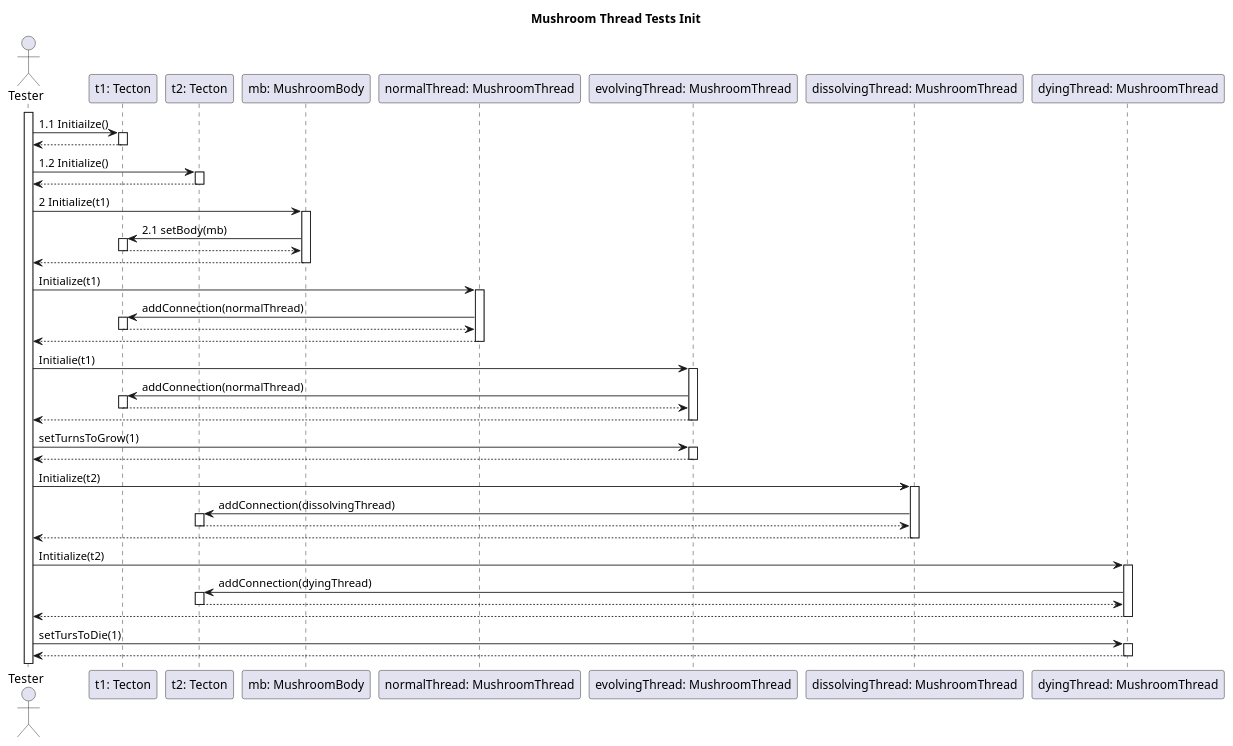
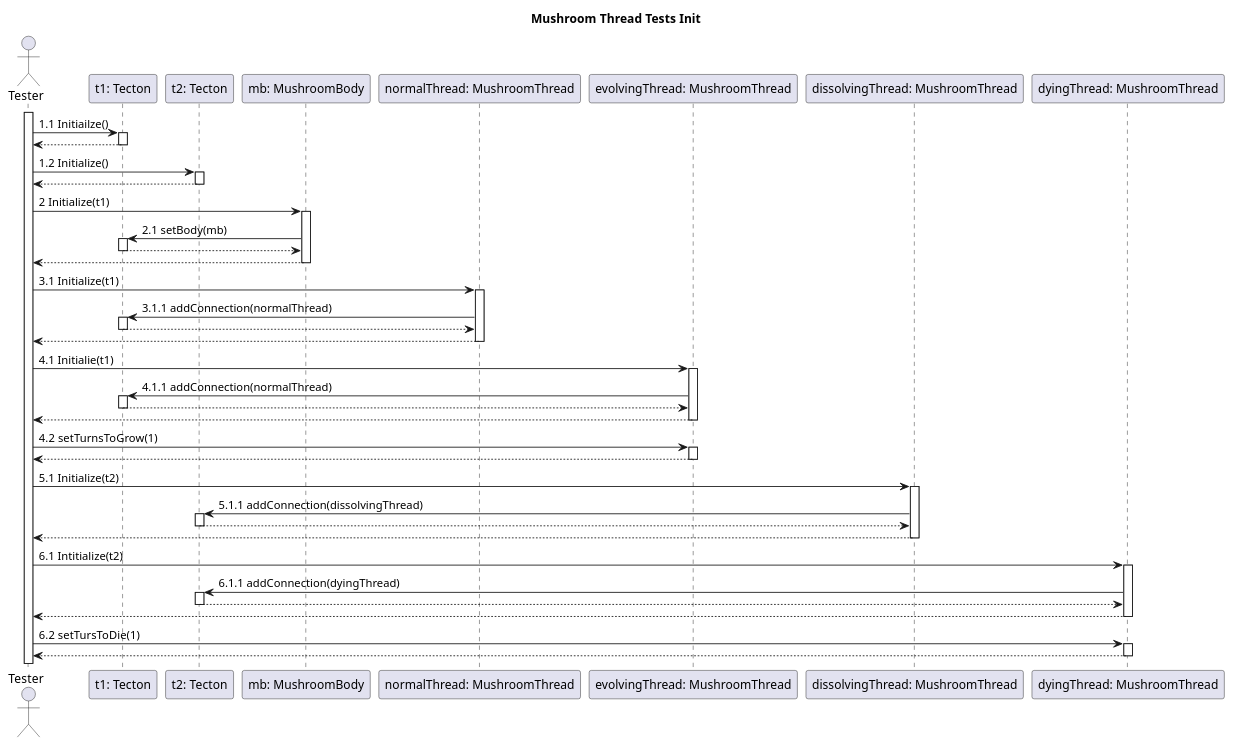
One commit to dzsem/projlab changed the diagram in diagrams/test-sequence/mushroom/communication-diagrams/mushroomThreadTestsInit.wsd. Above: the diagram before and after it, drawn with PlantUML.

Commit message:
Added sequence numbers to thread init communication diagram

```diff
--- a/diagrams/test-sequence/mushroom/communication-diagrams/mushroomThreadTestsInit.wsd
+++ b/diagrams/test-sequence/mushroom/communication-diagrams/mushroomThreadTestsInit.wsd
@@ -1,87 +1,87 @@
 @startuml MushroomThread Init
 
 title Mushroom Thread Tests Init
 
 actor "Tester" as tester
 
 participant "t1: Tecton" as t1
 participant "t2: Tecton" as t2
 
 participant "mb: MushroomBody" as mb
 
 participant "normalThread: MushroomThread" as nmt
 participant "evolvingThread: MushroomThread" as emt
 participant "dissolvingThread: MushroomThread" as dimt
 participant "dyingThread: MushroomThread" as dymt
 
 'Initializing tectons
 activate tester
 tester -> t1: 1.1 Initiailze()
 activate t1
 t1 --> tester
 deactivate t1
 
 tester -> t2: 1.2 Initialize()
 activate t2
 t2 --> tester
 deactivate t2
 
 
 'Initializing mushroombody
 tester -> mb: 2 Initialize(t1)
 activate mb
 mb -> t1: 2.1 setBody(mb)
 activate t1
 t1 --> mb
 deactivate t1
 mb --> tester
 deactivate mb
 
 'Initializing threads
-tester -> nmt: Initialize(t1)
+tester -> nmt: 3.1 Initialize(t1)
 activate nmt
-nmt -> t1: addConnection(normalThread)
+nmt -> t1: 3.1.1 addConnection(normalThread)
 activate t1
 t1 --> nmt
 deactivate t1
 nmt --> tester
 deactivate nmt
 
-tester -> emt: Initialie(t1)
+tester -> emt: 4.1 Initialie(t1)
 activate emt
-emt -> t1: addConnection(normalThread)
+emt -> t1: 4.1.1 addConnection(normalThread)
 activate t1
 t1 --> emt
 deactivate t1
 emt --> tester
 deactivate emt
 
-tester -> emt: setTurnsToGrow(1)
+tester -> emt: 4.2 setTurnsToGrow(1)
 activate emt
 emt --> tester
 deactivate emt
 
-tester -> dimt: Initialize(t2)
+tester -> dimt: 5.1 Initialize(t2)
 activate dimt
-dimt -> t2: addConnection(dissolvingThread)
+dimt -> t2: 5.1.1 addConnection(dissolvingThread)
 activate t2
 t2 --> dimt
 deactivate t2
 dimt --> tester
 deactivate dimt
 
-tester -> dymt: Intitialize(t2)
+tester -> dymt: 6.1 Intitialize(t2)
 activate dymt
-dymt -> t2: addConnection(dyingThread)
+dymt -> t2: 6.1.1 addConnection(dyingThread)
 activate t2
 t2 --> dymt
 deactivate t2
 dymt --> tester
 deactivate dymt
 
-tester -> dymt: setTursToDie(1)
+tester -> dymt: 6.2 setTursToDie(1)
 activate dymt
 dymt --> tester
 deactivate dymt
 
 @enduml
```
